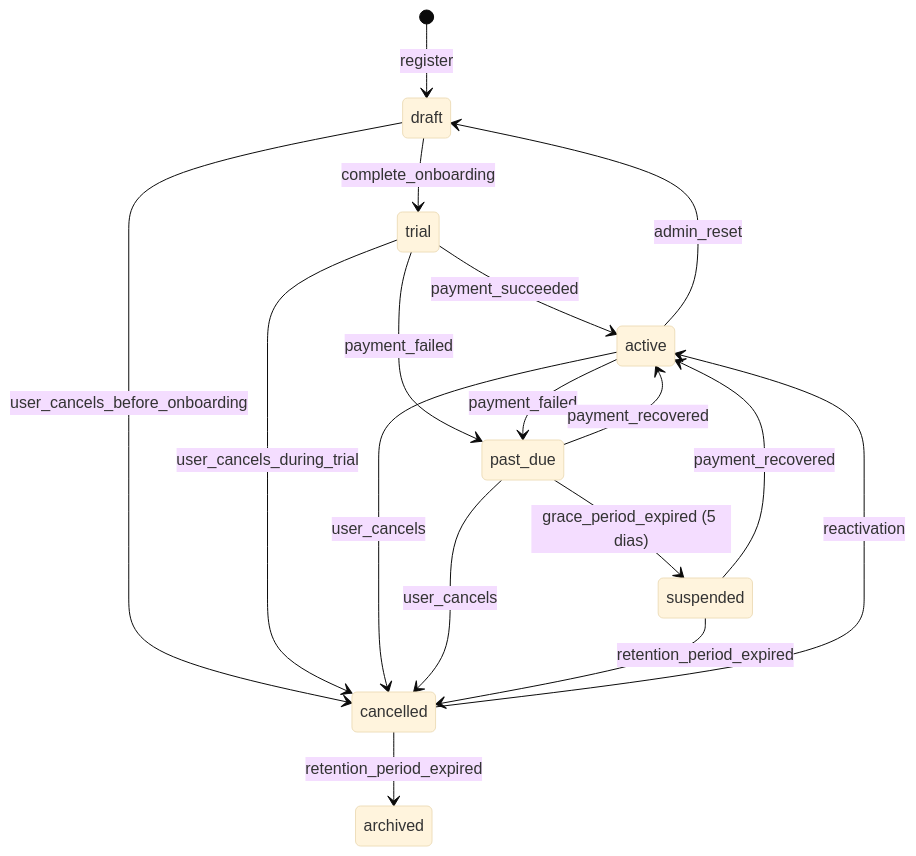
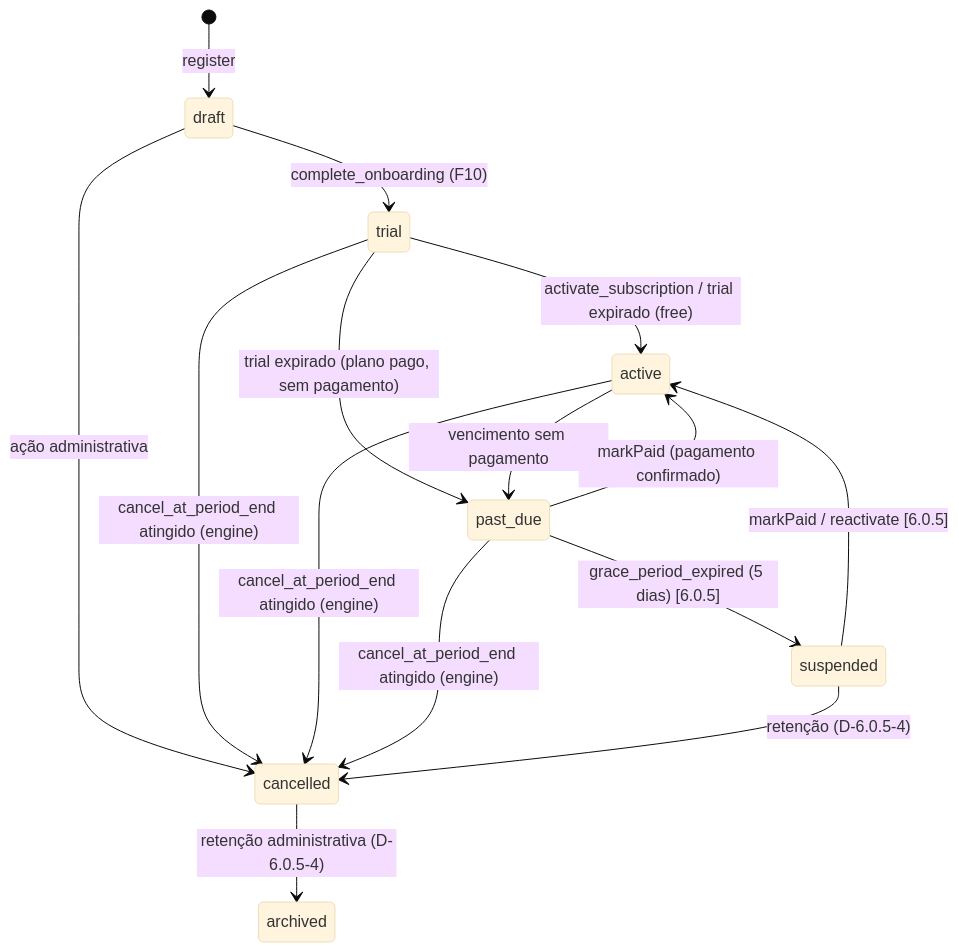
Before and after one commit to augustosanchesmanager-ux/sou-manager: the diagram in docs/LIFECYCLE_MODEL.md, drawn with Mermaid (base theme). The commit also changed other lines of this file and 8 other files, not shown here.

````diff
--- a/docs/LIFECYCLE_MODEL.md
+++ b/docs/LIFECYCLE_MODEL.md
@@ -11,24 +13,22 @@
 ```mermaid
 stateDiagram-v2
     [*] --> draft: register
-    draft --> trial: complete_onboarding
-    draft --> cancelled: user_cancels_before_onboarding
+    draft --> trial: complete_onboarding (F10)
+    draft --> cancelled: ação administrativa
 
-    trial --> active: payment_succeeded
-    trial --> past_due: payment_failed
-    trial --> cancelled: user_cancels_during_trial
+    trial --> active: activate_subscription / trial expirado (free)
+    trial --> past_due: trial expirado (plano pago, sem pagamento)
+    trial --> cancelled: cancel_at_period_end atingido (engine)
 
-    active --> past_due: payment_failed
-    active --> cancelled: user_cancels
-    active --> draft: admin_reset
+    active --> past_due: vencimento sem pagamento
+    active --> cancelled: cancel_at_period_end atingido (engine)
 
-    past_due --> active: payment_recovered
-    past_due --> suspended: grace_period_expired (5 dias)
-    past_due --> cancelled: user_cancels
+    past_due --> active: markPaid (pagamento confirmado)
+    past_due --> suspended: grace_period_expired (5 dias) [6.0.5]
+    past_due --> cancelled: cancel_at_period_end atingido (engine)
 
-    suspended --> active: payment_recovered
-    suspended --> cancelled: retention_period_expired
+    suspended --> active: markPaid / reactivate [6.0.5]
+    suspended --> cancelled: retenção (D-6.0.5-4)
 
-    cancelled --> active: reactivation
-    cancelled --> archived: retention_period_expired
+    cancelled --> archived: retenção administrativa (D-6.0.5-4)
 ```
````
